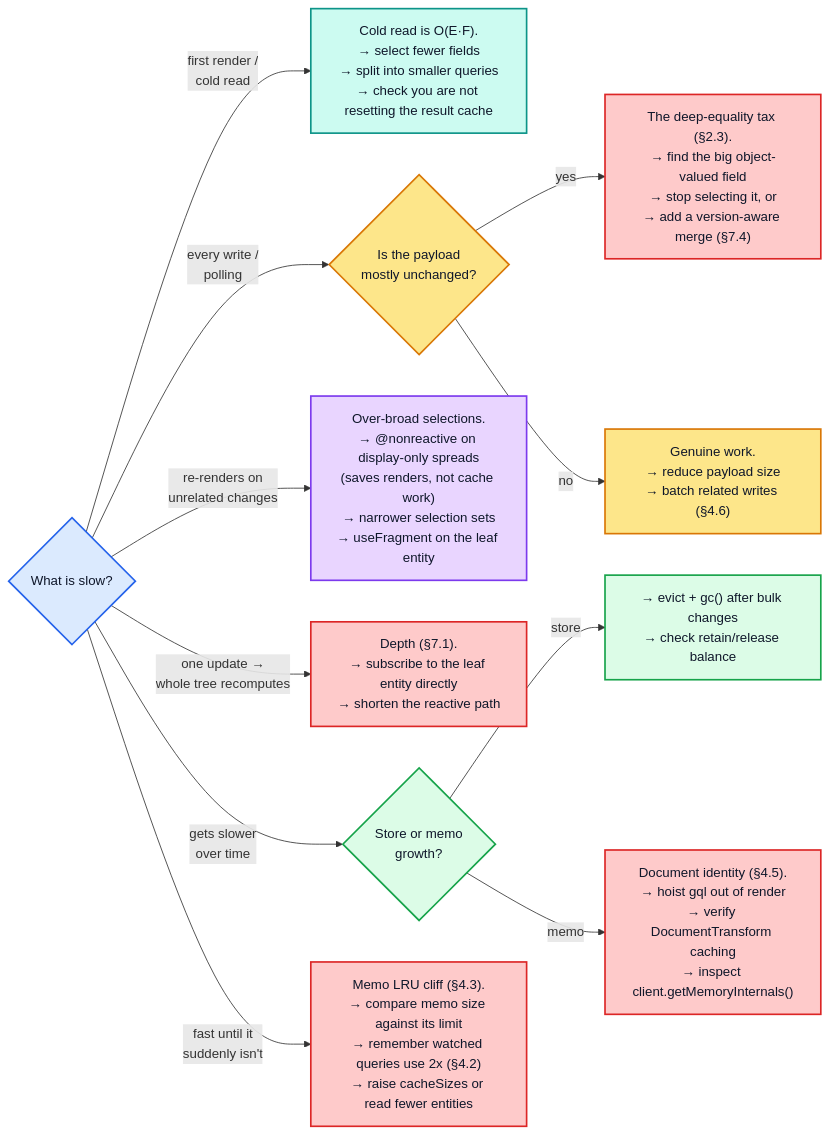
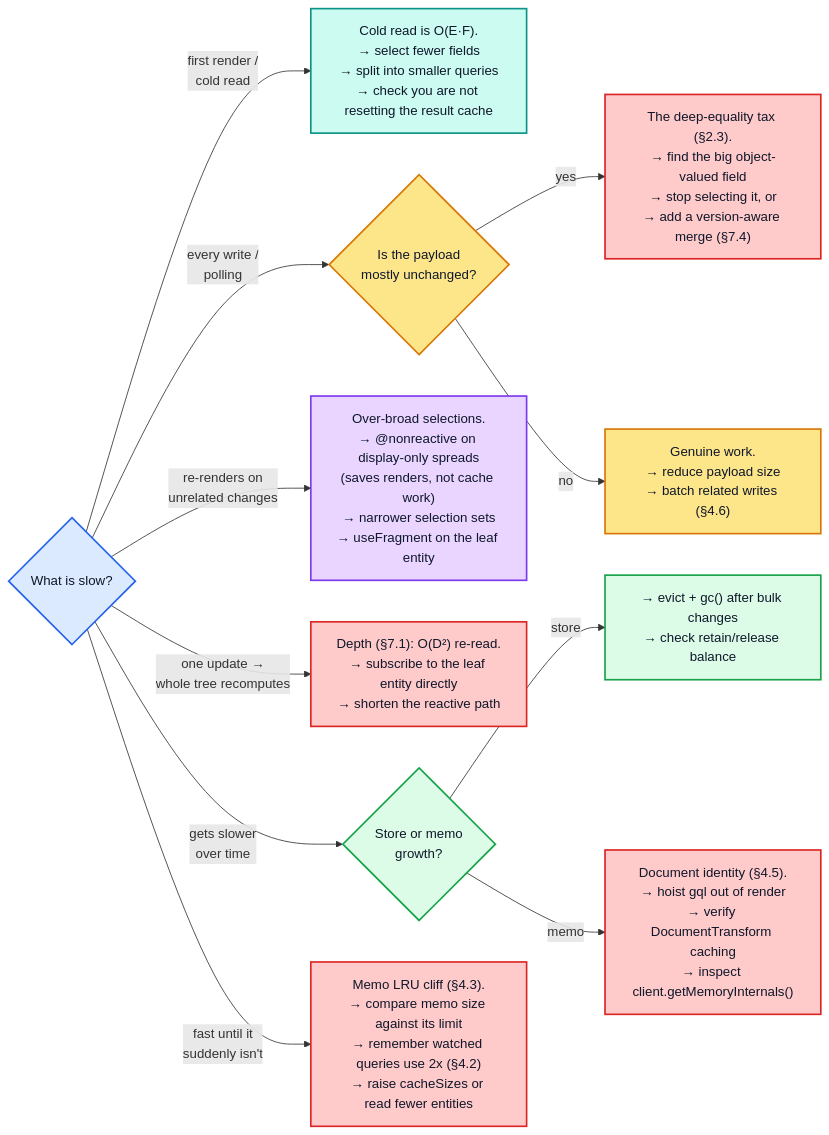
The diagram in docs/performance/09-optimization-playbook.md (convict-git/fast-gql-cache-rs), drawn with Mermaid before and after one commit. The commit also changed other lines of this file and 10 other files, not shown here.

First line of the commit message:
docs(perf): correct complexities and flows, define every symbol

````diff
--- a/docs/performance/09-optimization-playbook.md
+++ b/docs/performance/09-optimization-playbook.md
@@ -7,22 +7,22 @@
 ```mermaid
 flowchart LR
     START{"What is slow?"}:::api
 
     START -->|"first render /<br/>cold read"| COLD["Cold read is O(E·F).<br/>→ select fewer fields<br/>→ split into smaller queries<br/>→ check you are not resetting the result cache"]:::read
     START -->|"every write /<br/>polling"| WRITE{"Is the payload<br/>mostly unchanged?"}:::write
     WRITE -->|yes| BLOB["The deep-equality tax (§2.3).<br/>→ find the big object-valued field<br/>→ stop selecting it, or<br/>→ add a version-aware merge (§7.4)"]:::dirty
     WRITE -->|no| REAL["Genuine work.<br/>→ reduce payload size<br/>→ batch related writes (§4.6)"]:::write
     START -->|"re-renders on<br/>unrelated changes"| REND["Over-broad selections.<br/>→ @nonreactive on display-only spreads<br/>(saves renders, not cache work)<br/>→ narrower selection sets<br/>→ useFragment on the leaf entity"]:::memo
-    START -->|"one update →<br/>whole tree recomputes"| DEEP["Depth (§7.1).<br/>→ subscribe to the leaf entity directly<br/>→ shorten the reactive path"]:::dirty
+    START -->|"one update →<br/>whole tree recomputes"| DEEP["Depth (§7.1): O(D²) re-read.<br/>→ subscribe to the leaf entity directly<br/>→ shorten the reactive path"]:::dirty
     START -->|"gets slower<br/>over time"| GROW{"Store or memo<br/>growth?"}:::store
     GROW -->|store| GC["→ evict + gc() after bulk changes<br/>→ check retain/release balance"]:::store
     GROW -->|memo| DOC["Document identity (§4.5).<br/>→ hoist gql out of render<br/>→ verify DocumentTransform caching<br/>→ inspect client.getMemoryInternals()"]:::dirty
     START -->|"fast until it<br/>suddenly isn't"| CLIFF["Memo LRU cliff (§4.3).<br/>→ compare memo size against its limit<br/>→ remember watched queries use 2x (§4.2)<br/>→ raise cacheSizes or read fewer entities"]:::dirty
 
     classDef api fill:#dbeafe,stroke:#2563eb,stroke-width:2px,color:#0f172a
     classDef read fill:#ccfbf1,stroke:#0d9488,stroke-width:2px,color:#0f172a
     classDef write fill:#fde68a,stroke:#d97706,stroke-width:2px,color:#0f172a
     classDef store fill:#dcfce7,stroke:#16a34a,stroke-width:2px,color:#0f172a
     classDef memo fill:#e9d5ff,stroke:#7c3aed,stroke-width:2px,color:#0f172a
     classDef dirty fill:#fecaca,stroke:#dc2626,stroke-width:2px,color:#0f172a
 ```
````
